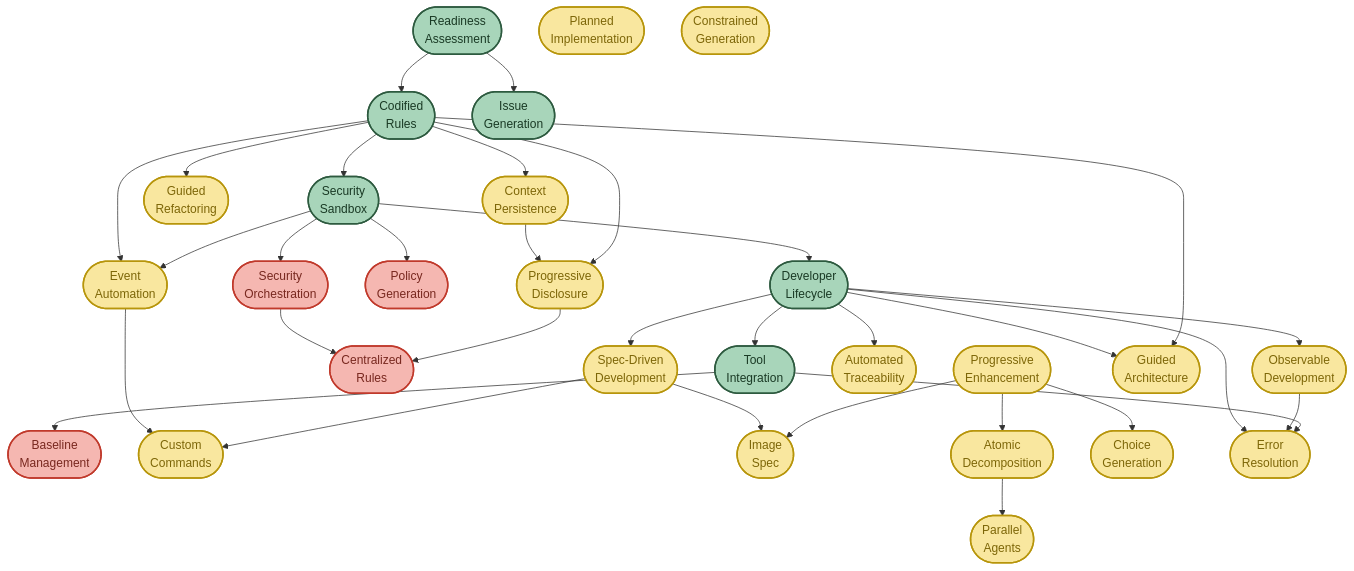
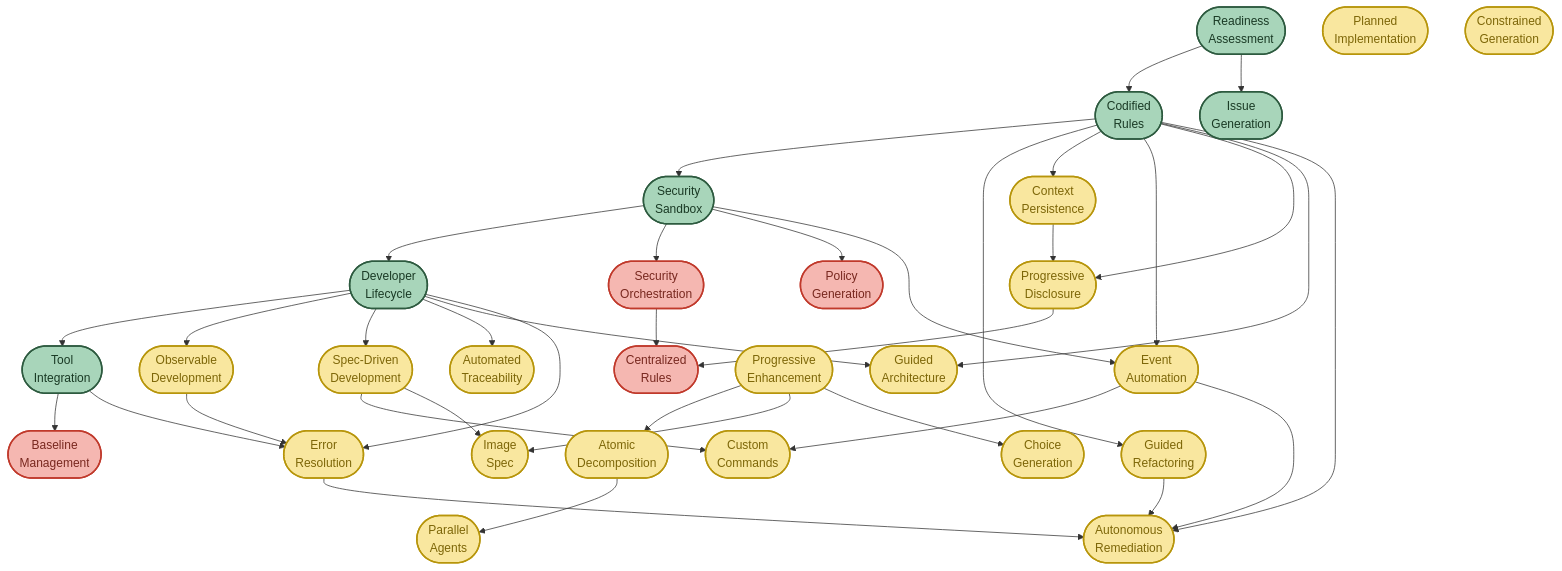
One commit to PaulDuvall/ai-development-patterns changed the first of 16 diagrams in README.md. Above: the diagram before and after it, drawn with Mermaid. The commit also changed other lines of this file and 10 other files, not shown here.

First line of the commit message:
feat(patterns): add Autonomous Remediation pattern

````diff
--- a/README.md
+++ b/README.md
@@ -53,6 +53,10 @@
     DL --> ER([Error<br/>Resolution])
     OD --> ER
     TI --> ER
+    EA --> AR([Autonomous<br/>Remediation])
+    CR --> AR
+    GR --> AR
+    ER --> AR
     PI([Planned<br/>Implementation])
     CnG([Constrained<br/>Generation])
 
@@ -62,7 +66,7 @@
     classDef operations fill:#f5b7b1,stroke:#c0392b,stroke-width:2px,color:#78281f
 
     class RA,CR,SS,DL,TI,IG foundation
-    class PE,SD,AD,PA,OD,GR,AT,EA,CC,PD,IS,CP,CG,GA,ER,PI,CnG development
+    class PE,SD,AD,PA,OD,GR,AT,EA,CC,PD,IS,CP,CG,GA,ER,PI,CnG,AR development
     class PG,SO,BM,CZR operations
 
     %% CLICKABLE LINKS
@@ -93,4 +97,5 @@
     click ER "https://github.com/PaulDuvall/ai-development-patterns#error-resolution"
     click GA "https://github.com/PaulDuvall/ai-development-patterns#guided-architecture"
     click BM "https://github.com/PaulDuvall/ai-development-patterns#baseline-management"
+    click AR "https://github.com/PaulDuvall/ai-development-patterns#autonomous-remediation"
 ```
````
